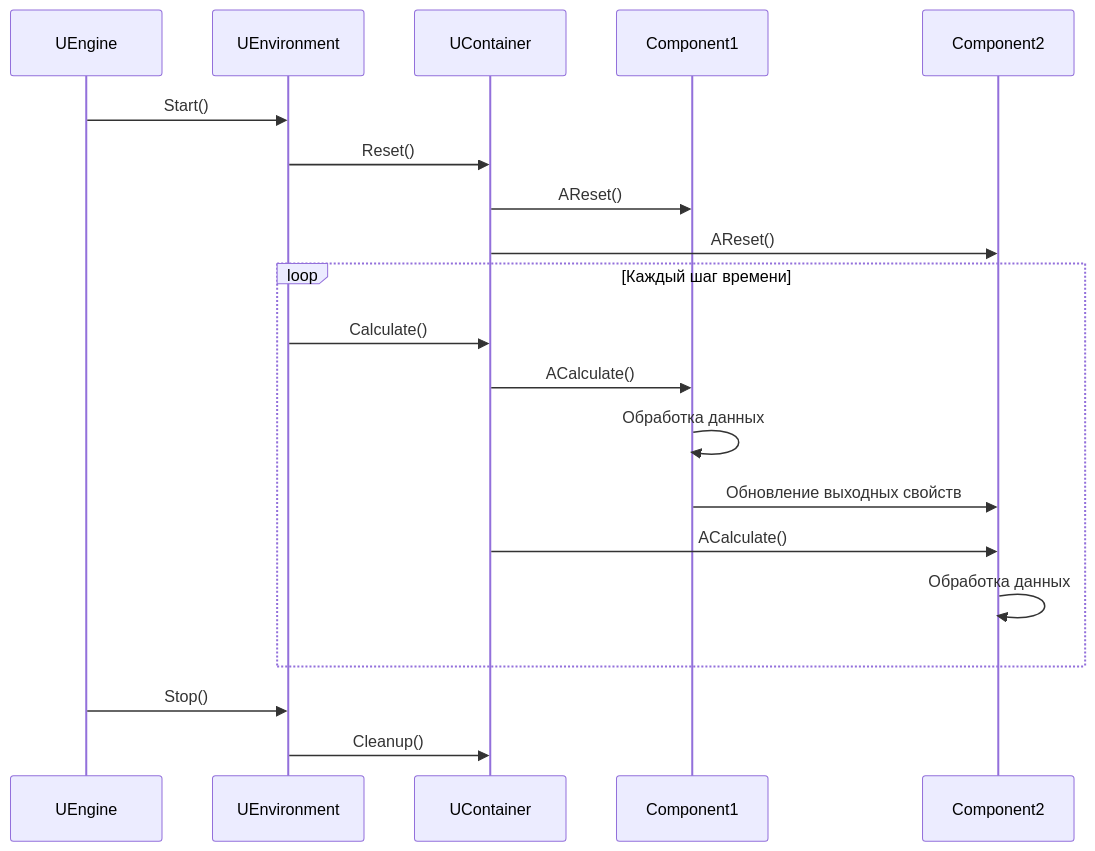
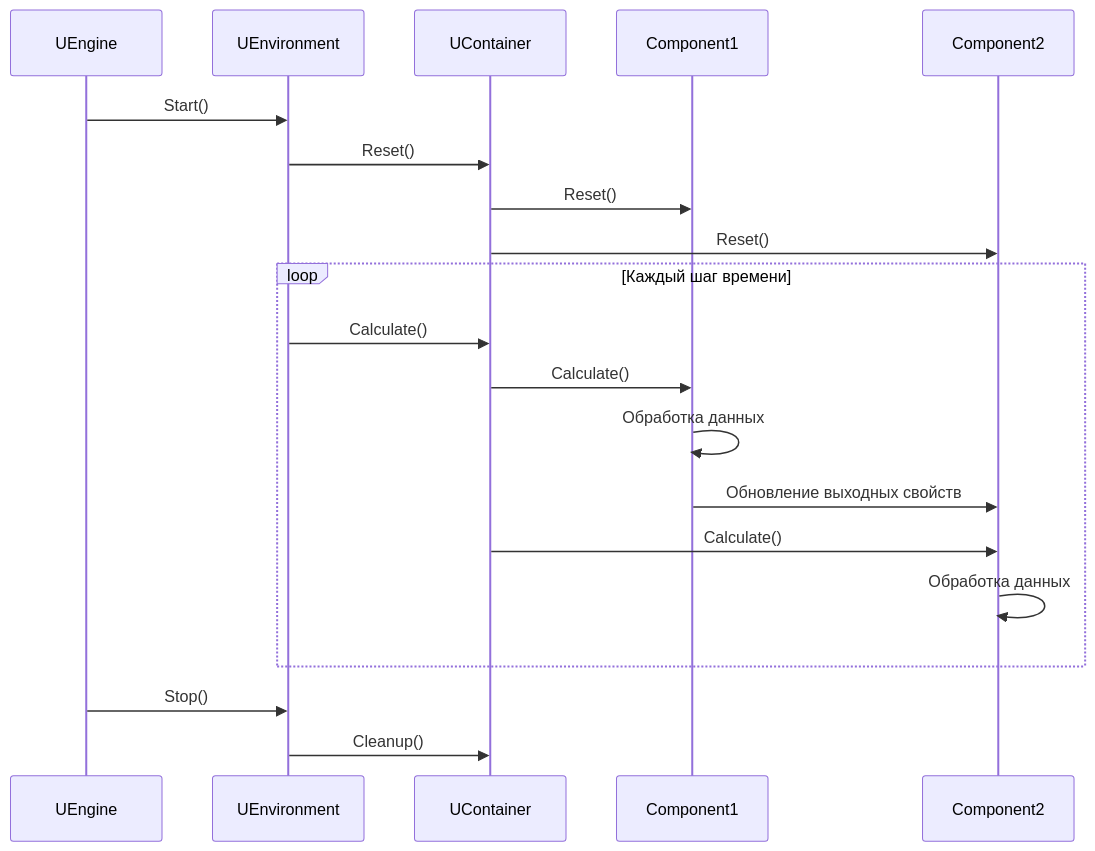
Before and after one commit to aicommunity/Rdk: the fourth of 10 diagrams in Docs/Architecture/Engine-Architecture.md, drawn with Mermaid. The commit also changed other lines of this file and 4 other files, not shown here.

Commit message:
docs: specify native container lifecycle guards and graph ownership

````diff
--- a/Docs/Architecture/Engine-Architecture.md
+++ b/Docs/Architecture/Engine-Architecture.md
@@ -216,25 +210,25 @@
 ```mermaid
 sequenceDiagram
     participant Engine as UEngine
     participant Env as UEnvironment
     participant Container as UContainer
     participant Comp1 as Component1
     participant Comp2 as Component2
     
     Engine->>Env: Start()
     Env->>Container: Reset()
-    Container->>Comp1: AReset()
-    Container->>Comp2: AReset()
+    Container->>Comp1: Reset()
+    Container->>Comp2: Reset()
     
     loop Каждый шаг времени
         Env->>Container: Calculate()
-        Container->>Comp1: ACalculate()
+        Container->>Comp1: Calculate()
         Comp1->>Comp1: Обработка данных
         Comp1->>Comp2: Обновление выходных свойств
-        Container->>Comp2: ACalculate()
+        Container->>Comp2: Calculate()
         Comp2->>Comp2: Обработка данных
     end
     
     Engine->>Env: Stop()
     Env->>Container: Cleanup()
 ```
````
